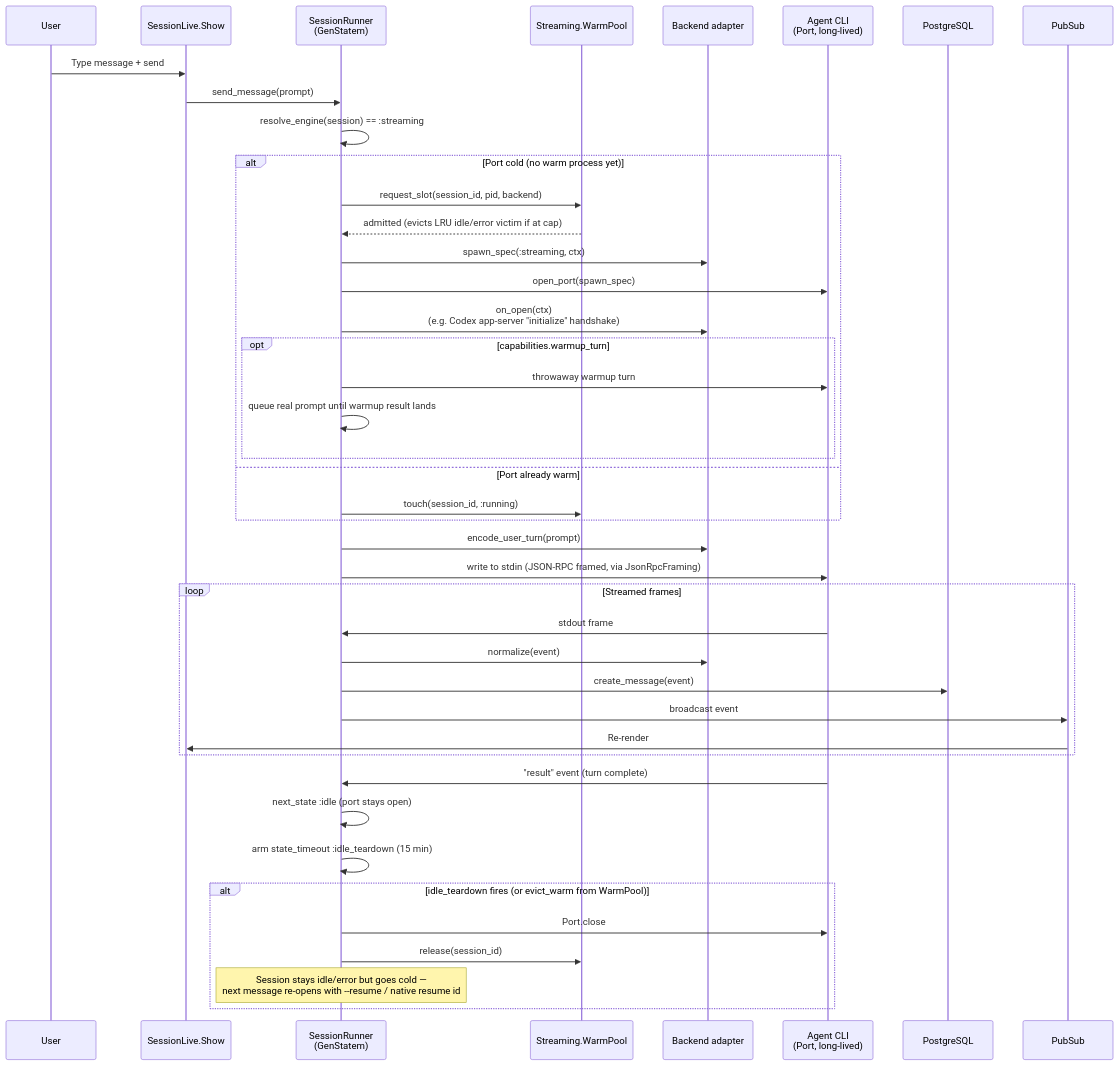
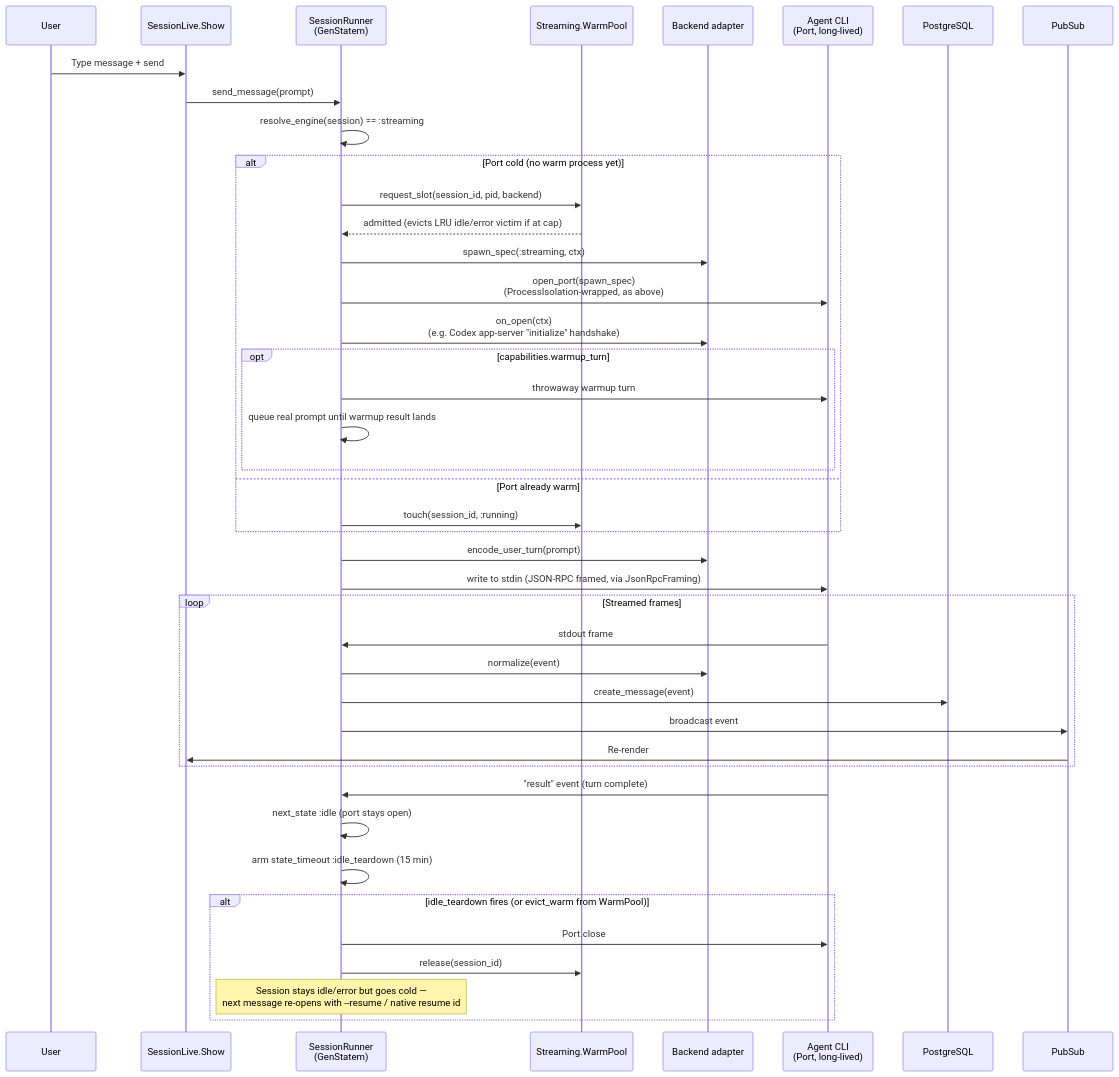
The second of 3 diagrams in .context/message-flow.md (zingbretsen/orca_hub), drawn with Mermaid before and after one commit. The commit also changed other lines of this file and 4 other files, not shown here.

First line of the commit message:
Document per-spawn agent isolation, the tree reap, and installing the delegated unit

````diff
--- a/.context/message-flow.md
+++ b/.context/message-flow.md
@@ -83,50 +83,50 @@
 ```mermaid
 sequenceDiagram
     participant User
     participant LiveView as SessionLive.Show
     participant Runner as SessionRunner<br>(GenStatem)
     participant WarmPool as Streaming.WarmPool
     participant Backend as Backend adapter
     participant CLI as Agent CLI<br>(Port, long-lived)
     participant DB as PostgreSQL
     participant PubSub
 
     User->>LiveView: Type message + send
     LiveView->>Runner: send_message(prompt)
     Runner->>Runner: resolve_engine(session) == :streaming
 
     alt Port cold (no warm process yet)
         Runner->>WarmPool: request_slot(session_id, pid, backend)
         WarmPool-->>Runner: admitted (evicts LRU idle/error victim if at cap)
         Runner->>Backend: spawn_spec(:streaming, ctx)
-        Runner->>CLI: open_port(spawn_spec)
+        Runner->>CLI: open_port(spawn_spec)<br>(ProcessIsolation-wrapped, as above)
         Runner->>Backend: on_open(ctx)<br>(e.g. Codex app-server "initialize" handshake)
         opt capabilities.warmup_turn
             Runner->>CLI: throwaway warmup turn
             Runner->>Runner: queue real prompt until warmup result lands
         end
     else Port already warm
         Runner->>WarmPool: touch(session_id, :running)
     end
 
     Runner->>Backend: encode_user_turn(prompt)
     Runner->>CLI: write to stdin (JSON-RPC framed, via JsonRpcFraming)
 
     loop Streamed frames
         CLI->>Runner: stdout frame
         Runner->>Backend: normalize(event)
         Runner->>DB: create_message(event)
         Runner->>PubSub: broadcast event
         PubSub->>LiveView: Re-render
     end
 
     CLI->>Runner: "result" event (turn complete)
     Runner->>Runner: next_state :idle (port stays open)
     Runner->>Runner: arm state_timeout :idle_teardown (15 min)
 
     alt idle_teardown fires (or evict_warm from WarmPool)
         Runner->>CLI: Port.close
         Runner->>WarmPool: release(session_id)
         Note over Runner: Session stays idle/error but goes cold —<br/>next message re-opens with --resume / native resume id
     end
 ```
````
